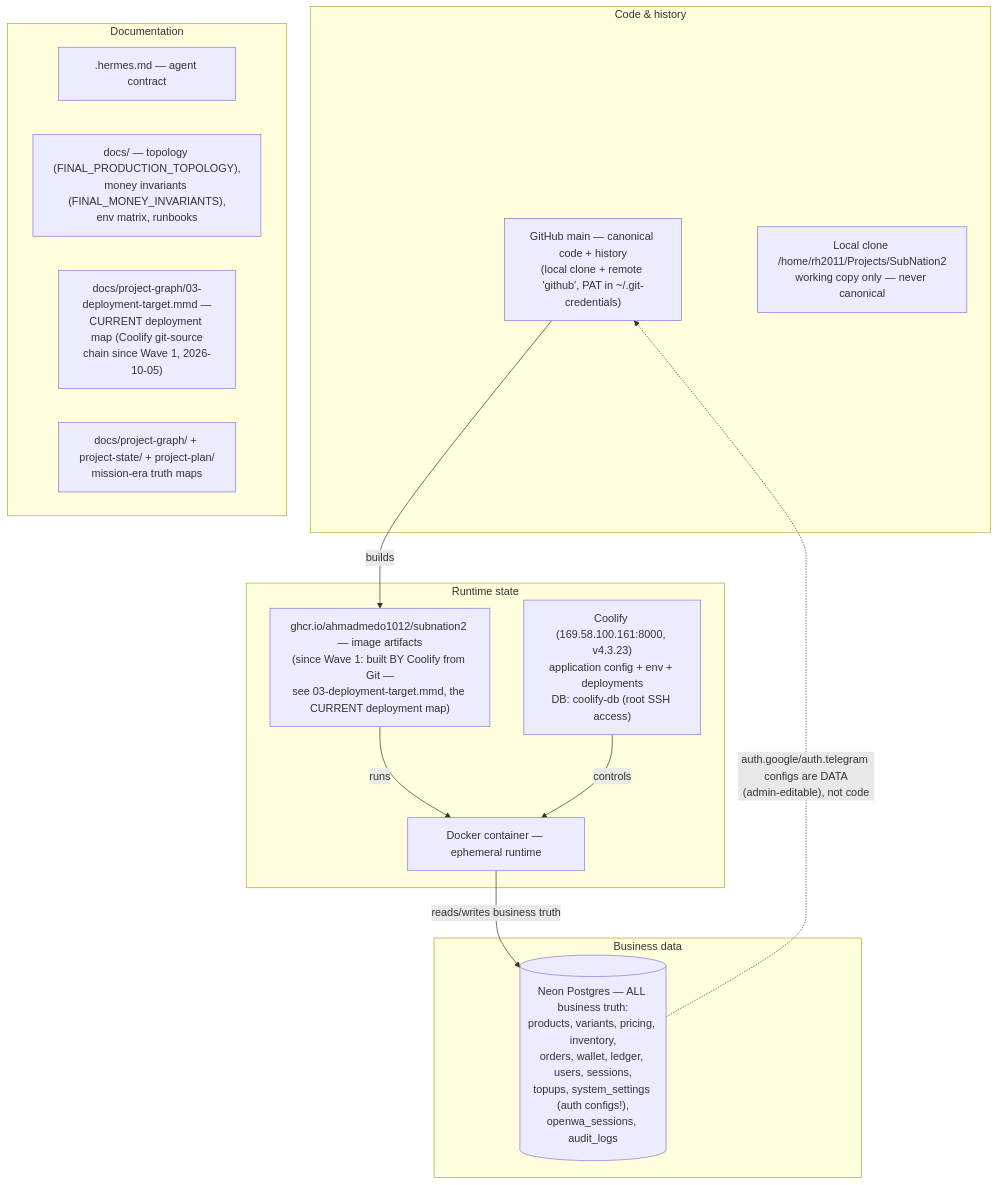
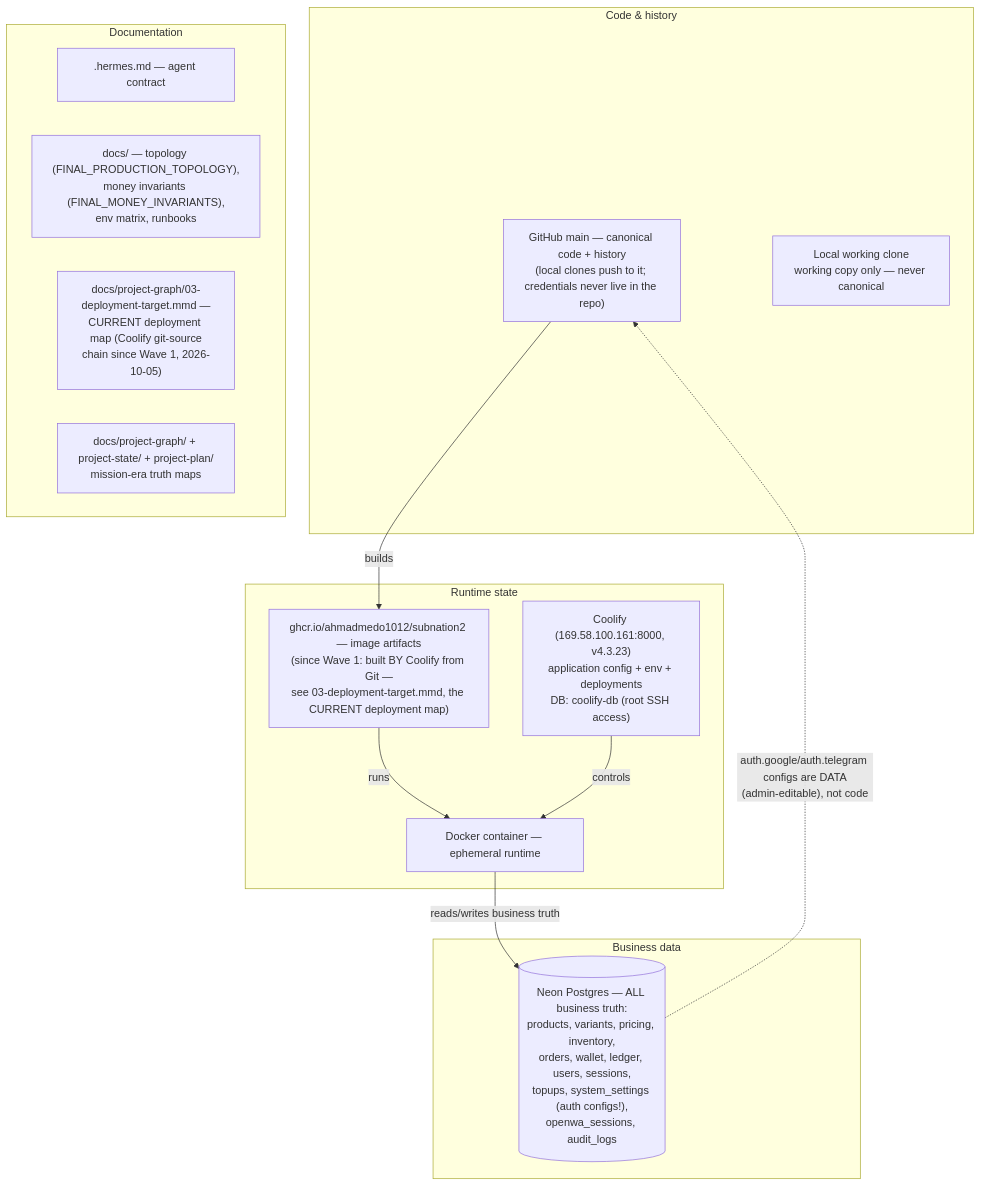
The diagram in docs/project-graph/12-source-of-truth.mmd (ahmadmedo1012/SubNation2), drawn with Mermaid before and after one commit. The commit also changed 44 other files, not shown here.

```diff
--- a/docs/project-graph/12-source-of-truth.mmd
+++ b/docs/project-graph/12-source-of-truth.mmd
@@ -1,29 +1,30 @@
-%% Source of truth — where each kind of truth actually lives (verified 2026-10-05)
+%% Source of truth — where each kind of truth actually lives (verified 2026-10-05;
+%% R126 2026-10-09: the local-clone node was genericized — it named a machine-specific path)
 graph TB
     subgraph Code["Code & history"]
-        GITHUB["GitHub main — canonical code + history<br/>(local clone + remote 'github', PAT in ~/.git-credentials)"]
-        LOCAL["Local clone /home/rh2011/Projects/SubNation2<br/>working copy only — never canonical"]
+        GITHUB["GitHub main — canonical code + history<br/>(local clones push to it; credentials never live in the repo)"]
+        LOCAL["Local working clone<br/>working copy only — never canonical"]
     end
 
     subgraph Runtime["Runtime state"]
         COOLIFY["Coolify (169.58.100.161:8000, v4.3.23)<br/>application config + env + deployments<br/>DB: coolify-db (root SSH access)"]
         IMAGE["ghcr.io/ahmadmedo1012/subnation2 — image artifacts<br/>(since Wave 1: built BY Coolify from Git —<br/>see 03-deployment-target.mmd, the CURRENT deployment map)"]
         CONTAINER["Docker container — ephemeral runtime"]
     end
 
     subgraph Business["Business data"]
         NEON[("Neon Postgres — ALL business truth:<br/>products, variants, pricing, inventory,<br/>orders, wallet, ledger, users, sessions,<br/>topups, system_settings (auth configs!),<br/>openwa_sessions, audit_logs")]
     end
 
     subgraph Docs["Documentation"]
         HERMES[".hermes.md — agent contract"]
         DOCS["docs/ — topology (FINAL_PRODUCTION_TOPOLOGY),<br/>money invariants (FINAL_MONEY_INVARIANTS),<br/>env matrix, runbooks"]
         DEPMAP["docs/project-graph/03-deployment-target.mmd —<br/>CURRENT deployment map (Coolify git-source<br/>chain since Wave 1, 2026-10-05)"]
         GRAPH["docs/project-graph/ + project-state/ + project-plan/<br/>mission-era truth maps"]
     end
 
     GITHUB -->|"builds"| IMAGE
     IMAGE -->|"runs"| CONTAINER
     COOLIFY -->|"controls"| CONTAINER
     CONTAINER -->|"reads/writes business truth"| NEON
     NEON -.->|"auth.google/auth.telegram configs are DATA<br/>(admin-editable), not code"| GITHUB
```
